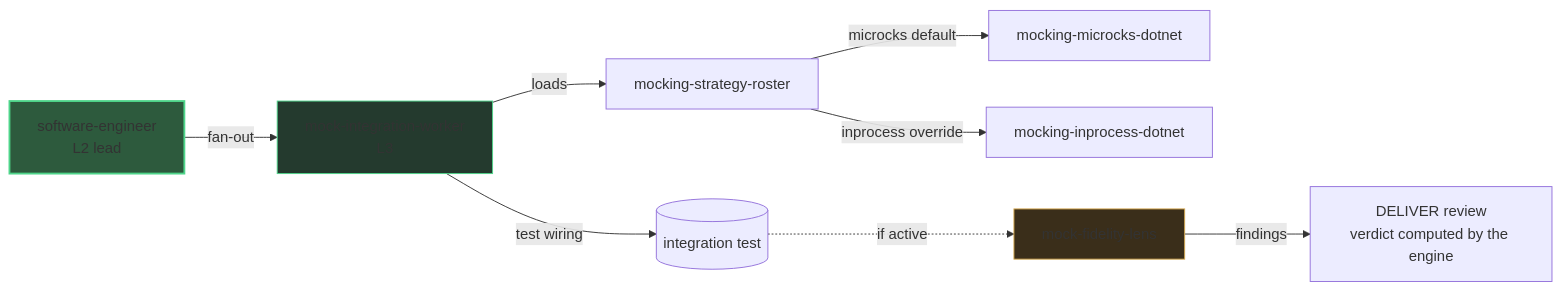
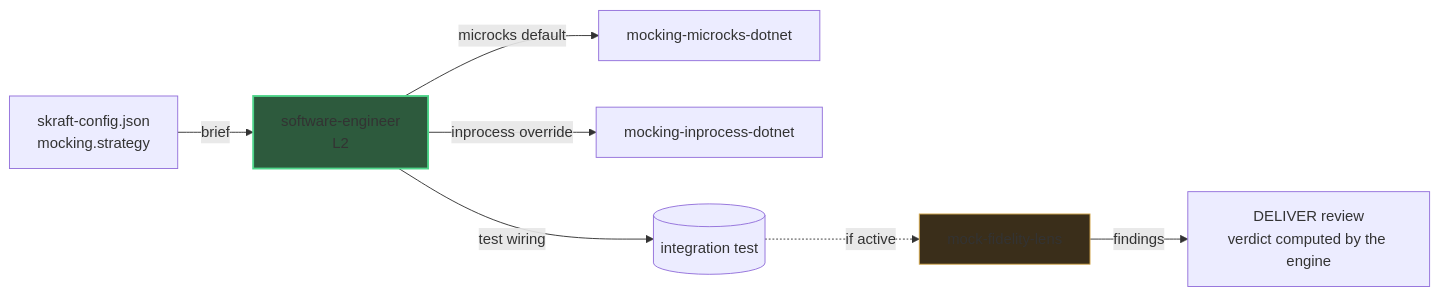
The diagram in docs/site/en/explanation/deep-dive/mocking-microcks.md (SebastienDegodez/skraft-plugin), drawn with Mermaid before and after one commit. The commit also changed other lines of this file and 70 other files, not shown here.

````diff
--- a/docs/site/en/explanation/deep-dive/mocking-microcks.md
+++ b/docs/site/en/explanation/deep-dive/mocking-microcks.md
@@ -27,14 +27,12 @@
 ```mermaid
 graph LR
-    SE[software-engineer<br/>L2 lead] -->|fan-out| MIW[mock-integration-worker<br/>L3]
-    MIW -->|loads| RST[mocking-strategy-roster]
-    RST -->|microcks default| MMD[mocking-microcks-dotnet]
-    RST -->|inprocess override| MID[mocking-inprocess-dotnet]
-    MIW -->|test wiring| A[(integration test)]
+    CFG[skraft-config.json<br/>mocking.strategy] -->|brief| SE[software-engineer<br/>L2]
+    SE -->|microcks default| MMD[mocking-microcks-dotnet]
+    SE -->|inprocess override| MID[mocking-inprocess-dotnet]
+    SE -->|test wiring| A[(integration test)]
     A -.if active.-> MFL[mock-fidelity-lens]
     MFL -->|findings| DR[DELIVER review<br/>verdict computed by the engine]
 
     style SE fill:#2d5a3d,stroke:#4ed58a,stroke-width:2px
-    style MIW fill:#243a2e,stroke:#4ed58a
     style MFL fill:#3a2e1a,stroke:#d5a84e
 ```
````
